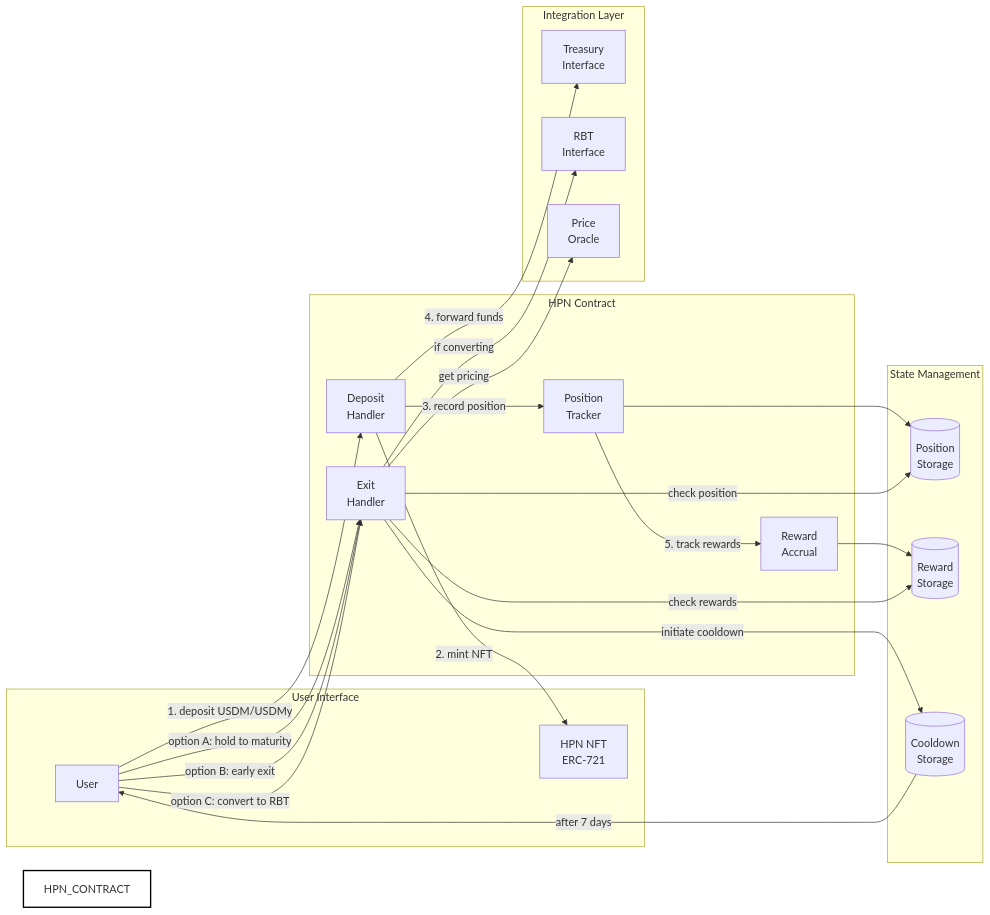
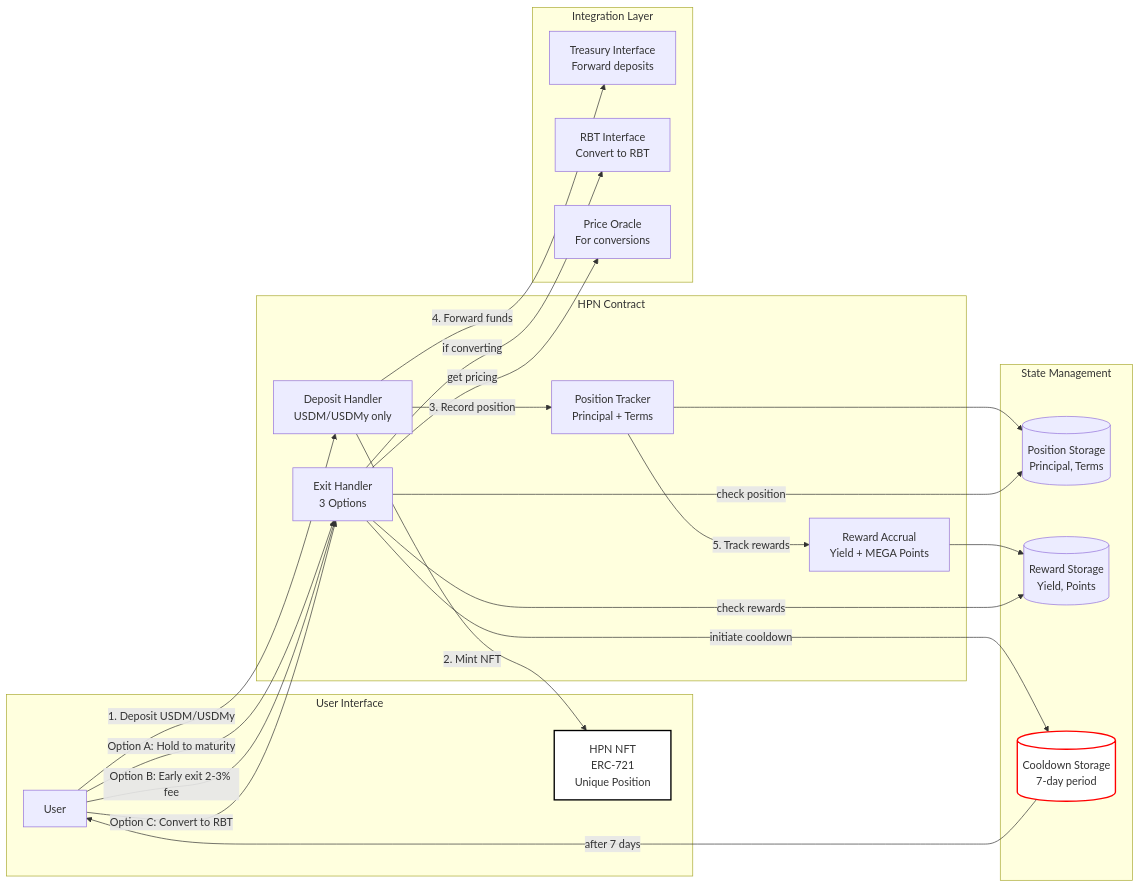
Before and after one commit to 0xJaehaerys/ohmega: the fifth of 7 diagrams in blackhaven-architecture-diagrams.md, drawn with Mermaid. The commit also changed other lines of this file, not shown here.

First line of the commit message:
Rewrite architecture diagrams based on official documentation

````diff
--- a/blackhaven-architecture-diagrams.md
+++ b/blackhaven-architecture-diagrams.md
@@ -124,51 +271,52 @@
 ```mermaid
 graph LR
     subgraph "User Interface"
         USER[User]
-        NFT[HPN NFT<br/>ERC-721]
+        NFT[HPN NFT<br/>ERC-721<br/>Unique Position]
     end
     
     subgraph "HPN Contract"
-        DEPOSIT_HANDLER[Deposit<br/>Handler]
-        POSITION_TRACKER[Position<br/>Tracker]
-        REWARD_ACCRUAL[Reward<br/>Accrual]
-        EXIT_HANDLER[Exit<br/>Handler]
+        DEPOSIT_HANDLER[Deposit Handler<br/>USDM/USDMy only]
+        POSITION_TRACKER[Position Tracker<br/>Principal + Terms]
+        REWARD_ACCRUAL[Reward Accrual<br/>Yield + MEGA Points]
+        EXIT_HANDLER[Exit Handler<br/>3 Options]
     end
     
     subgraph "State Management"
-        POSITIONS[(Position<br/>Storage)]
-        REWARDS[(Reward<br/>Storage)]
-        COOLDOWNS[(Cooldown<br/>Storage)]
+        POSITIONS[(Position Storage<br/>Principal, Terms)]
+        REWARDS[(Reward Storage<br/>Yield, Points)]
+        COOLDOWNS[(Cooldown Storage<br/>7-day period)]
     end
     
     subgraph "Integration Layer"
-        TREASURY_INT[Treasury<br/>Interface]
-        RBT_INT[RBT<br/>Interface]
-        ORACLE[Price<br/>Oracle]
+        TREASURY_INT[Treasury Interface<br/>Forward deposits]
+        RBT_INT[RBT Interface<br/>Convert to RBT]
+        ORACLE[Price Oracle<br/>For conversions]
     end
     
-    USER -->|1. deposit USDM/USDMy| DEPOSIT_HANDLER
-    DEPOSIT_HANDLER -->|2. mint NFT| NFT
-    DEPOSIT_HANDLER -->|3. record position| POSITION_TRACKER
+    USER -->|1. Deposit USDM/USDMy| DEPOSIT_HANDLER
+    DEPOSIT_HANDLER -->|2. Mint NFT| NFT
+    DEPOSIT_HANDLER -->|3. Record position| POSITION_TRACKER
     POSITION_TRACKER --> POSITIONS
     
-    DEPOSIT_HANDLER -->|4. forward funds| TREASURY_INT
+    DEPOSIT_HANDLER -->|4. Forward funds| TREASURY_INT
     
-    POSITION_TRACKER -->|5. track rewards| REWARD_ACCRUAL
+    POSITION_TRACKER -->|5. Track rewards| REWARD_ACCRUAL
     REWARD_ACCRUAL --> REWARDS
     
-    USER -->|option A: hold to maturity| EXIT_HANDLER
-    USER -->|option B: early exit| EXIT_HANDLER
-    USER -->|option C: convert to RBT| EXIT_HANDLER
+    USER -->|Option A: Hold to maturity| EXIT_HANDLER
+    USER -->|Option B: Early exit 2-3% fee| EXIT_HANDLER
+    USER -->|Option C: Convert to RBT| EXIT_HANDLER
     
     EXIT_HANDLER -->|check position| POSITIONS
     EXIT_HANDLER -->|check rewards| REWARDS
     EXIT_HANDLER -->|initiate cooldown| COOLDOWNS
     
     EXIT_HANDLER -->|if converting| RBT_INT
     EXIT_HANDLER -->|get pricing| ORACLE
     
     COOLDOWNS -->|after 7 days| USER
     
-    style HPN_CONTRACT fill:#fff,stroke:#000,stroke-width:2px
+    style NFT fill:#fff,stroke:#000,stroke-width:2px
+    style COOLDOWNS fill:#fff,stroke:#f00,stroke-width:2px
 ```
````
